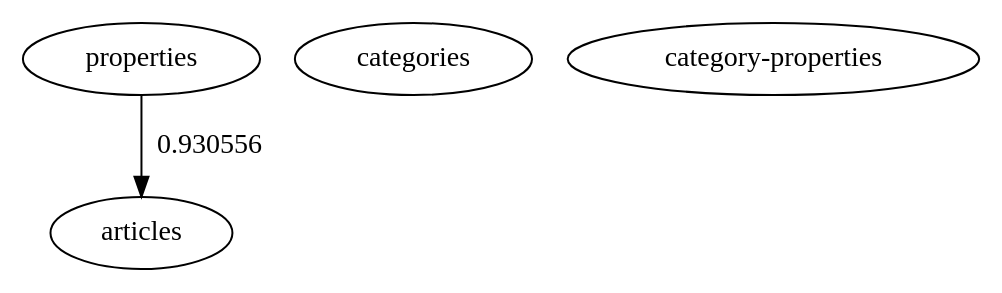
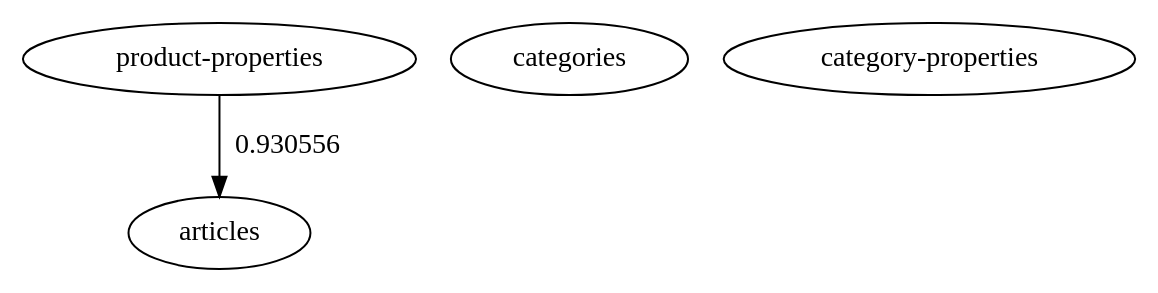
One commit to fbfeix/fx-csv-parser changed the diagram in examples/data/graph.dot. Above: the diagram before and after it, drawn with Graphviz. The commit also changed 8 other files, not shown here.

```diff
--- a/examples/data/graph.dot
+++ b/examples/data/graph.dot
@@ -1,7 +1,7 @@
 digraph G {
 0[label="articles"];
 1[label="categories"];
 2[label="category-properties"];
-3[label="properties"];
+3[label="product-properties"];
 3->0 [label="0.930556"];
 }
```
